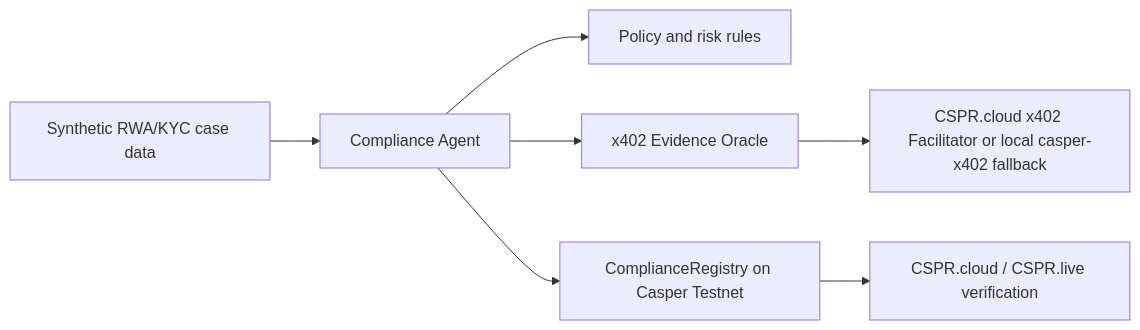
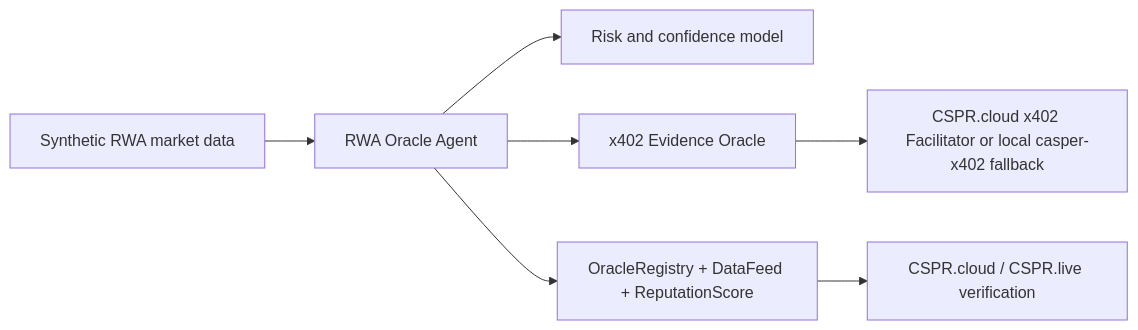
One commit to wangyichang-studo/casper-rwa-oracle-agent changed the diagram in README.md. Above: the diagram before and after it, drawn with Mermaid. The commit also changed other lines of this file and 10 other files, not shown here.

````diff
--- a/README.md
+++ b/README.md
@@ -22,9 +22,9 @@
 ```mermaid
 flowchart LR
-  CaseData["Synthetic RWA/KYC case data"] --> Agent["Compliance Agent"]
-  Agent --> Policy["Policy and risk rules"]
+  CaseData["Synthetic RWA market data"] --> Agent["RWA Oracle Agent"]
+  Agent --> Policy["Risk and confidence model"]
   Agent --> Oracle["x402 Evidence Oracle"]
   Oracle --> Facilitator["CSPR.cloud x402 Facilitator or local casper-x402 fallback"]
-  Agent --> Contract["ComplianceRegistry on Casper Testnet"]
+  Agent --> Contract["OracleRegistry + DataFeed + ReputationScore"]
   Contract --> Explorer["CSPR.cloud / CSPR.live verification"]
 ```
````
